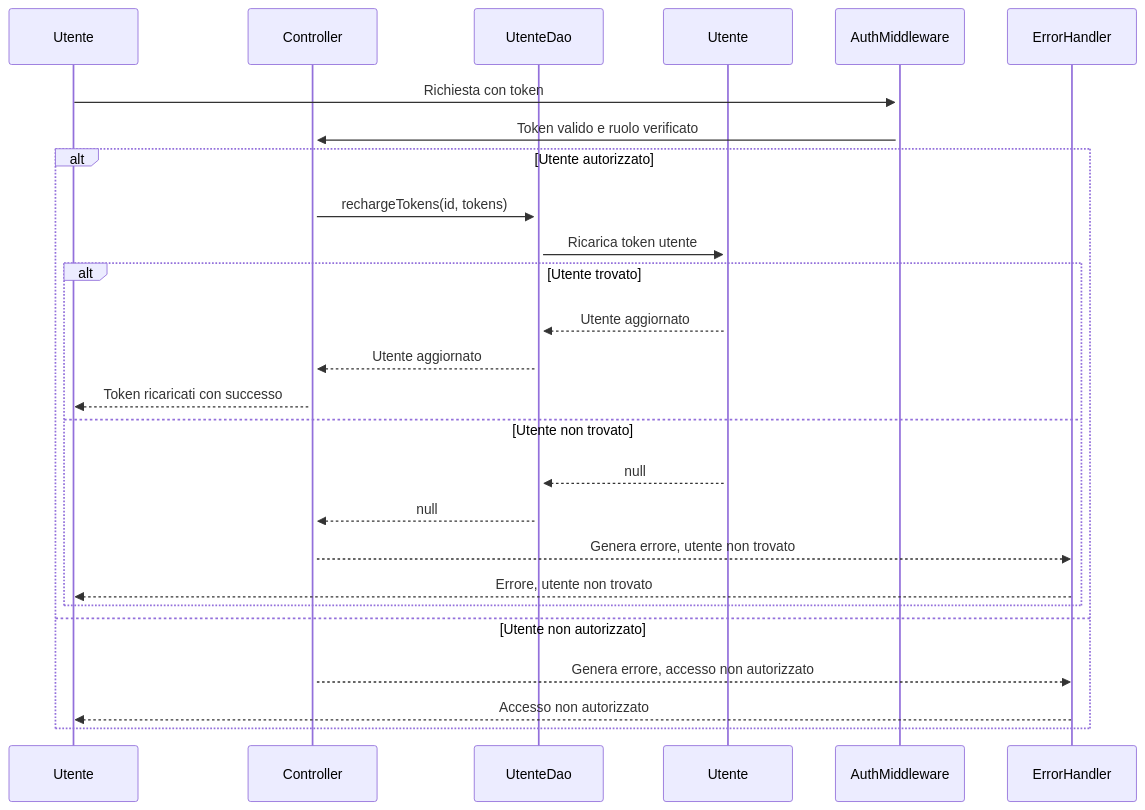
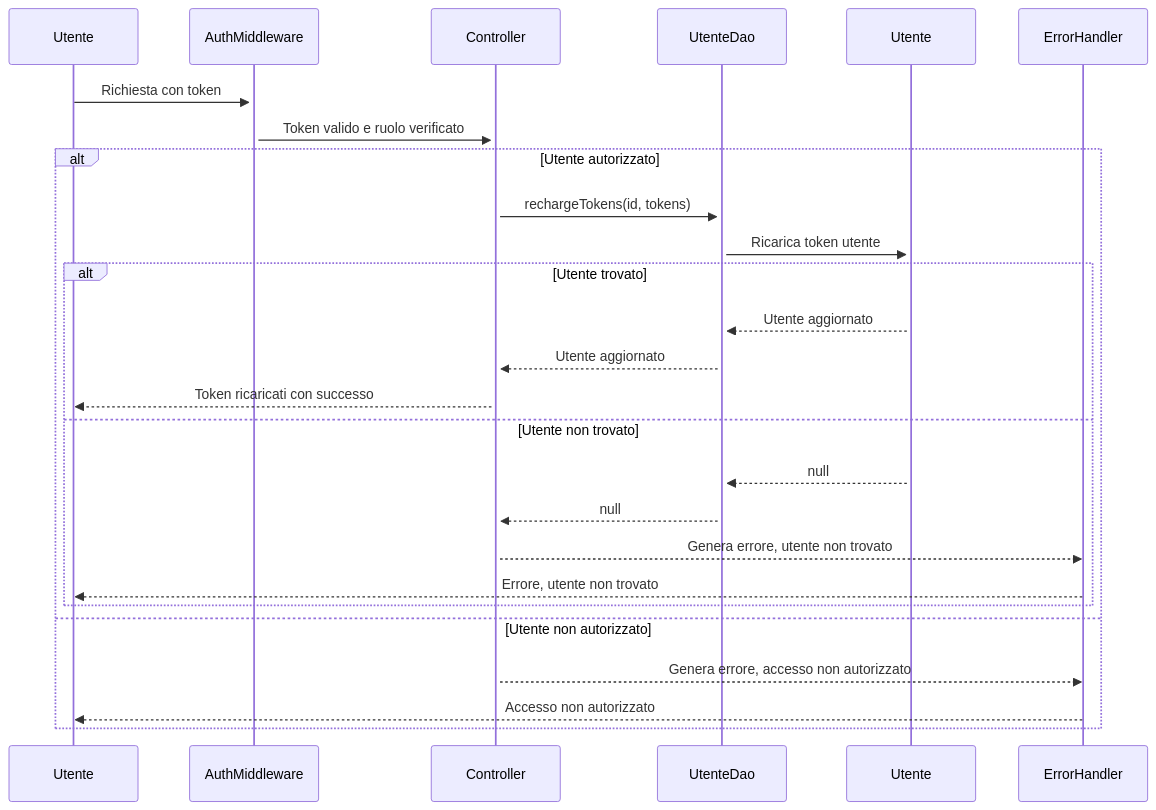
One commit to Arianna6400/Adv_Prog changed diagram 12 of 12 in README.md. Above: the diagram before and after it, drawn with Mermaid. The commit also changed other lines of this file, not shown here.

````diff
--- a/README.md
+++ b/README.md
@@ -498,29 +699,29 @@
 ```mermaid
 sequenceDiagram
     participant U as Utente
+    participant Auth as AuthMiddleware
     participant C as Controller
     participant DAO_U as UtenteDao
     participant UTE as Utente
-    participant Auth as AuthMiddleware
     participant Err as ErrorHandler
 
     U->>+Auth: Richiesta con token
     Auth->>+C: Token valido e ruolo verificato
     alt Utente autorizzato
         C->>+DAO_U: rechargeTokens(id, tokens)
         DAO_U->>+UTE: Ricarica token utente
         alt Utente trovato
             UTE-->>DAO_U: Utente aggiornato
             DAO_U-->>C: Utente aggiornato
             C-->>U: Token ricaricati con successo
         else Utente non trovato
             UTE-->>DAO_U: null
             DAO_U-->>C: null
             C-->>Err: Genera errore, utente non trovato
             Err-->>U: Errore, utente non trovato
         end
     else Utente non autorizzato
         C-->>Err: Genera errore, accesso non autorizzato
         Err-->>U: Accesso non autorizzato
     end
 ```
````
